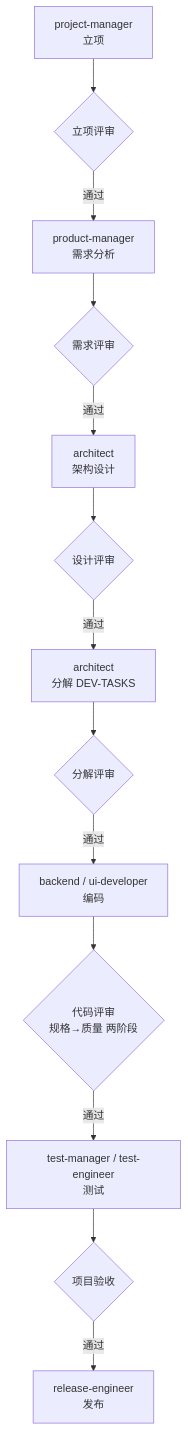
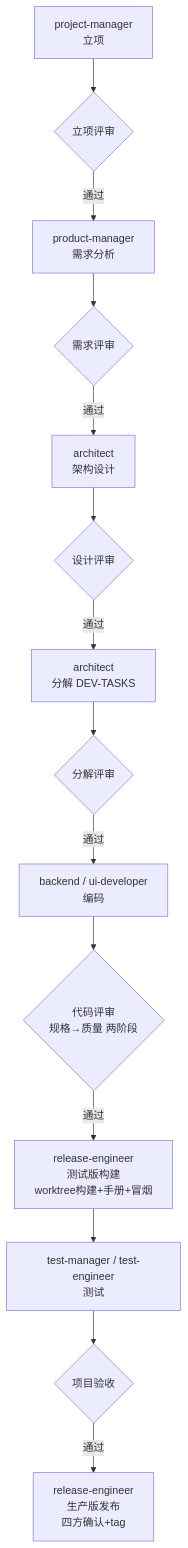
Before and after one commit to newbeans1118/virtual-team: the diagram in README.md, drawn with Mermaid. The commit also changed other lines of this file and 60 other files, not shown here.

````diff
--- a/README.md
+++ b/README.md
@@ -40,15 +40,16 @@
 ```mermaid
 flowchart TD
   PM[project-manager<br/>立项] --> PRJ{立项评审}
   PRJ -->|通过| PROD[product-manager<br/>需求分析]
   PROD --> RR{需求评审}
   RR -->|通过| ARCH[architect<br/>架构设计]
   ARCH --> DR{设计评审}
   DR -->|通过| TASK[architect<br/>分解 DEV-TASKS]
   TASK --> TR{分解评审}
   TR -->|通过| DEV[backend / ui-developer<br/>编码]
   DEV --> CR{代码评审<br/>规格→质量 两阶段}
-  CR -->|通过| TEST[test-manager / test-engineer<br/>测试]
+  CR -->|通过| TB[release-engineer<br/>测试版构建<br/>worktree构建+手册+冒烟]
+  TB --> TEST[test-manager / test-engineer<br/>测试]
   TEST --> ACC{项目验收}
-  ACC -->|通过| REL[release-engineer<br/>发布]
+  ACC -->|通过| REL[release-engineer<br/>生产版发布<br/>四方确认+tag]
 ```
````
